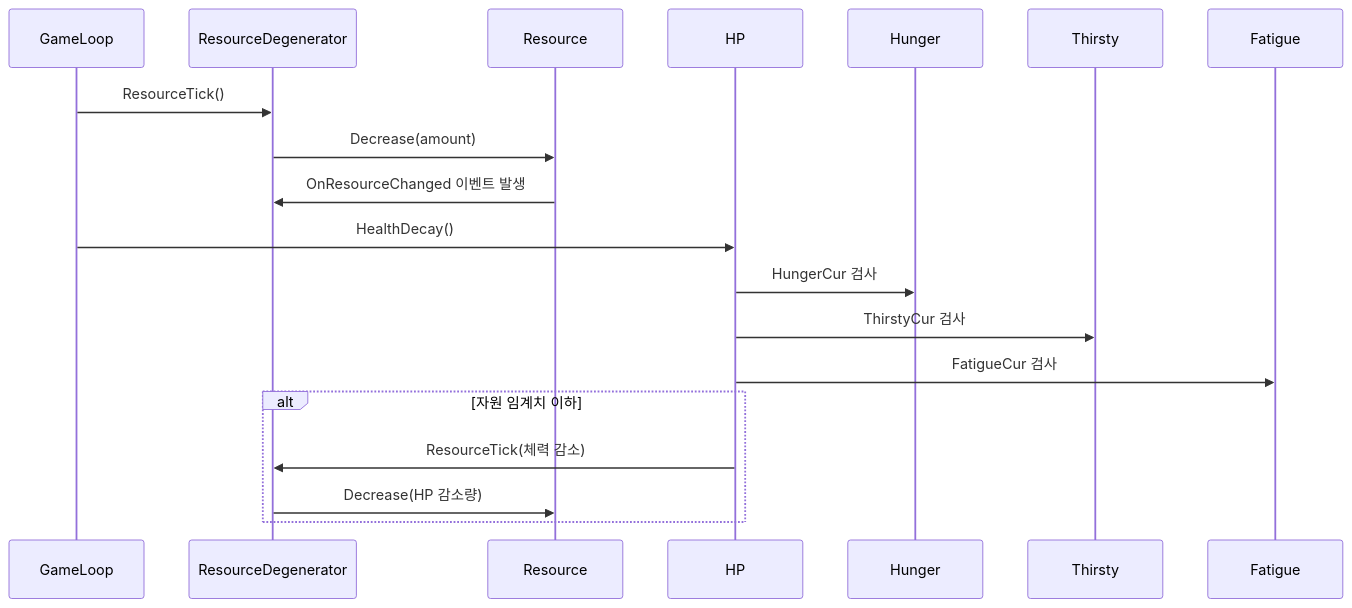
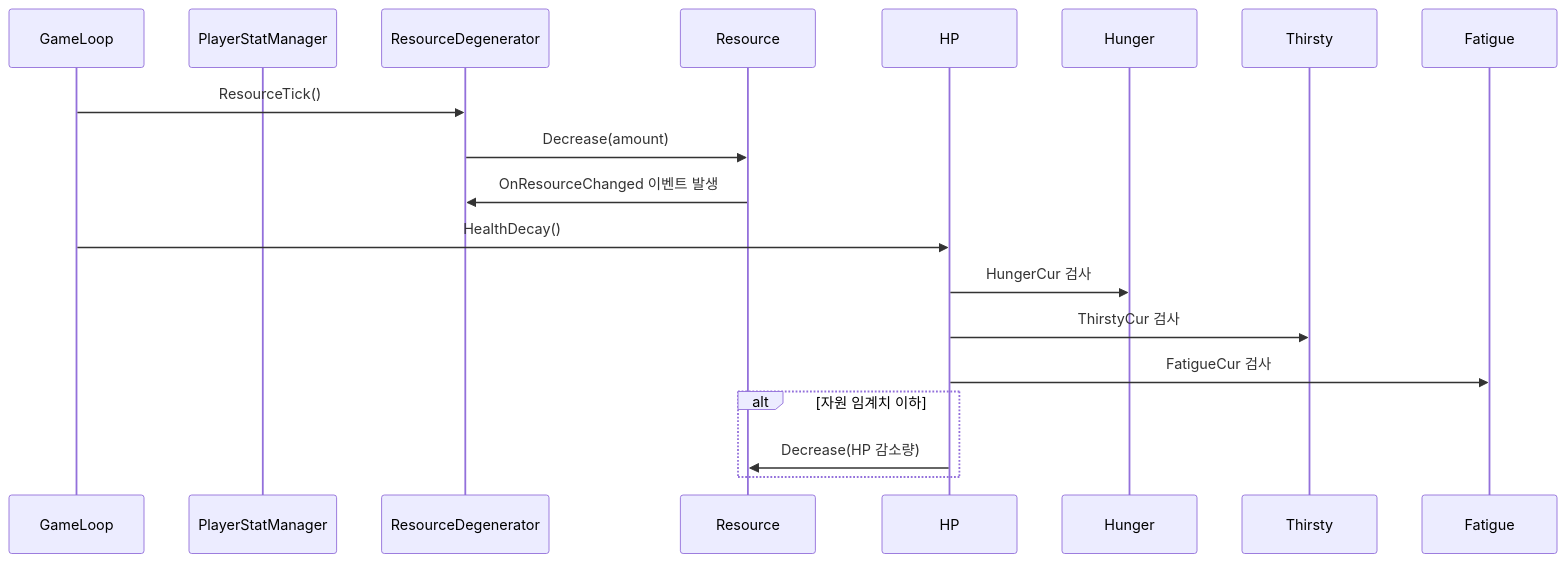
Before and after one commit to 10-team-project/docs: the first of 2 diagrams in docs/기능명세서/250620_강소현_ 플레이어자원관리.md, drawn with Mermaid. The commit also changed other lines of this file, not shown here.

````diff
--- a/docs/기능명세서/250620_강소현_ 플레이어자원관리.md
+++ b/docs/기능명세서/250620_강소현_ 플레이어자원관리.md
@@ -66,24 +76,24 @@
 ```mermaid
 sequenceDiagram
     participant GameLoop
+    participant PlayerStatManager
     participant ResourceDegenerator
     participant Resource
     participant HP
     participant Hunger
     participant Thirsty
     participant Fatigue
 
     GameLoop->>ResourceDegenerator: ResourceTick()
     ResourceDegenerator->>Resource: Decrease(amount)
     Resource->>ResourceDegenerator: OnResourceChanged 이벤트 발생
 
     GameLoop->>HP: HealthDecay()
     HP->>Hunger: HungerCur 검사
     HP->>Thirsty: ThirstyCur 검사
     HP->>Fatigue: FatigueCur 검사
 
     alt 자원 임계치 이하
-        HP->>ResourceDegenerator: ResourceTick(체력 감소)
-        ResourceDegenerator->>Resource: Decrease(HP 감소량)
+        HP->>Resource: Decrease(HP 감소량)
     end
 ```    
````
